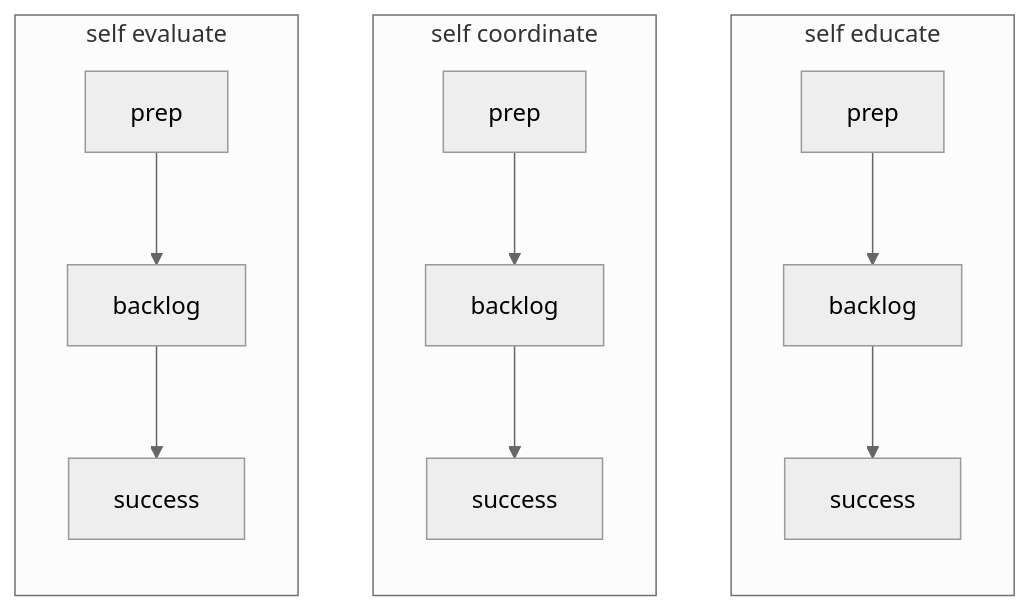
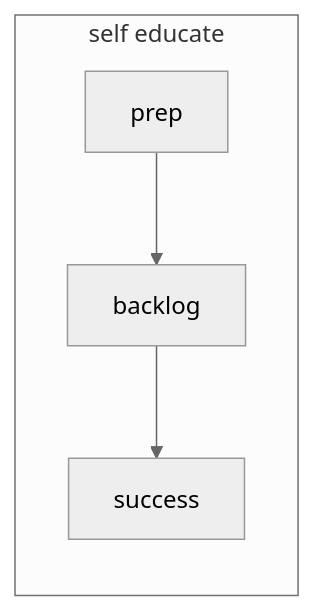
Before and after one commit to CodeYourFuture/curriculum: the diagram in common-content/en/module/how-our-curriculum-works/using-this-module/index.md, drawn with Mermaid (neutral theme). The commit also changed other lines of this file and 11 other files, not shown here.

````diff
--- a/common-content/en/module/how-our-curriculum-works/using-this-module/index.md
+++ b/common-content/en/module/how-our-curriculum-works/using-this-module/index.md
@@ -17,15 +17,7 @@
 ```mermaid
 flowchart TB
     subgraph self educate
         direction TB
         prep1[prep] --> backlog1[backlog] --> success1[success]
     end
-    subgraph self coordinate
-        direction TB
-        prep2[prep] --> backlog2[backlog] --> success2[success]
-    end
-        subgraph self evaluate
-        direction TB
-        prep3[prep] --> backlog3[backlog] --> success3[success]
-    end
 ```
````
